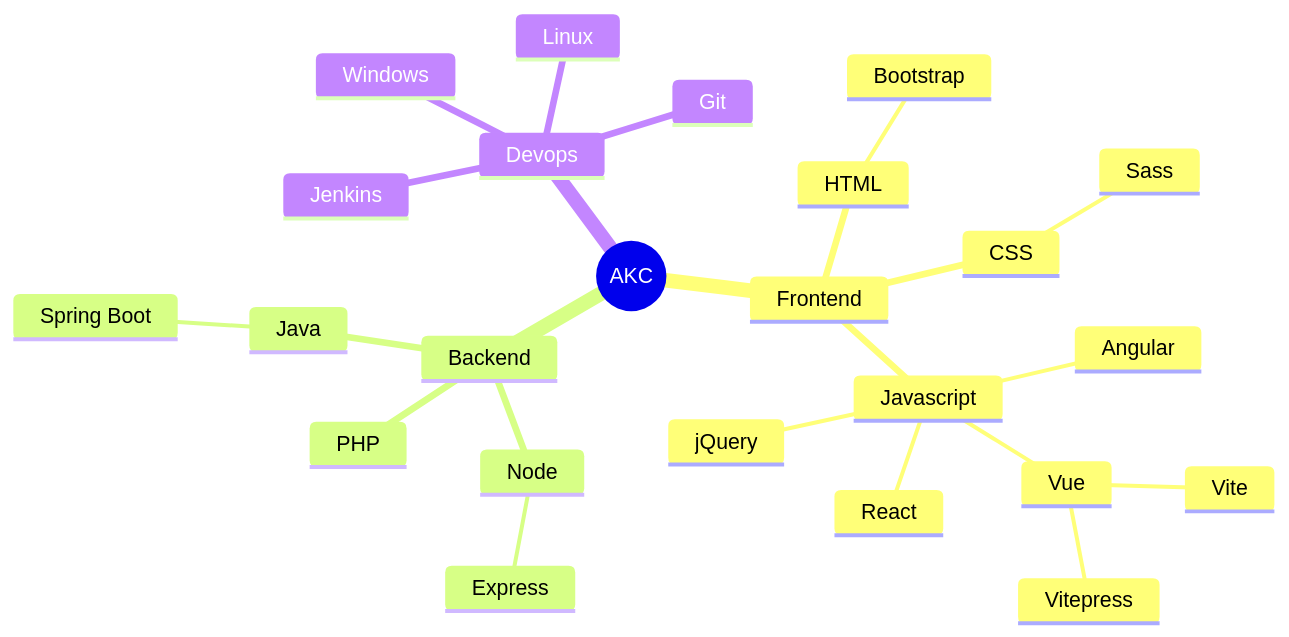
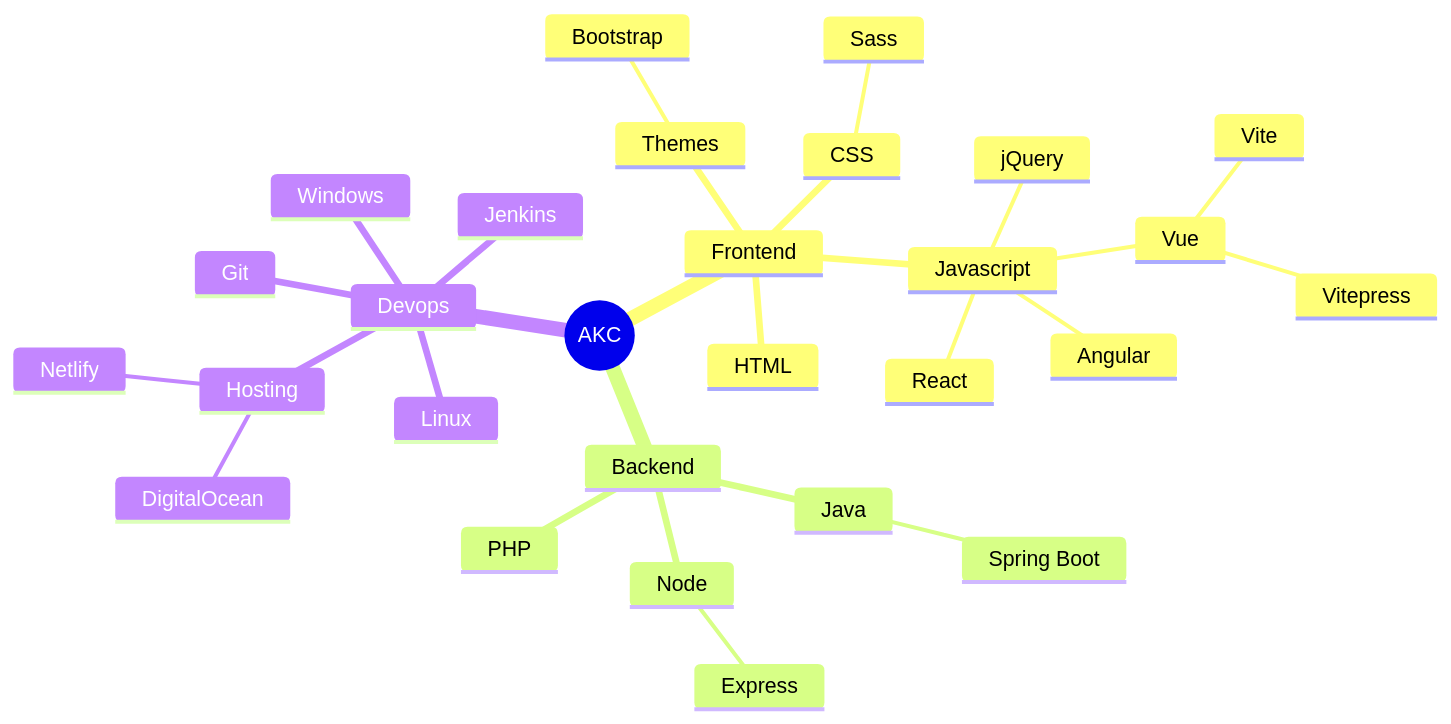
One commit to akobashikawa/vitepress-akcstudio changed the first of 2 diagrams in docs/index.md. Above: the diagram before and after it, drawn with Mermaid.

Commit message:
Corrige mindmap

````diff
--- a/docs/index.md
+++ b/docs/index.md
@@ -48,28 +48,32 @@
 ```mermaid
 
 mindmap
   root((AKC))
     Frontend
       HTML
-        Bootstrap
       CSS
         Sass
       Javascript
         jQuery
         Vue
           Vite
           Vitepress
         Angular
         React
+      Themes
+        Bootstrap
     Backend
       Node
         Express
       PHP
       Java
         Spring Boot
     Devops
       Git
       Windows
       Linux
       Jenkins
+      Hosting
+        DigitalOcean
+        Netlify
 ```
````
